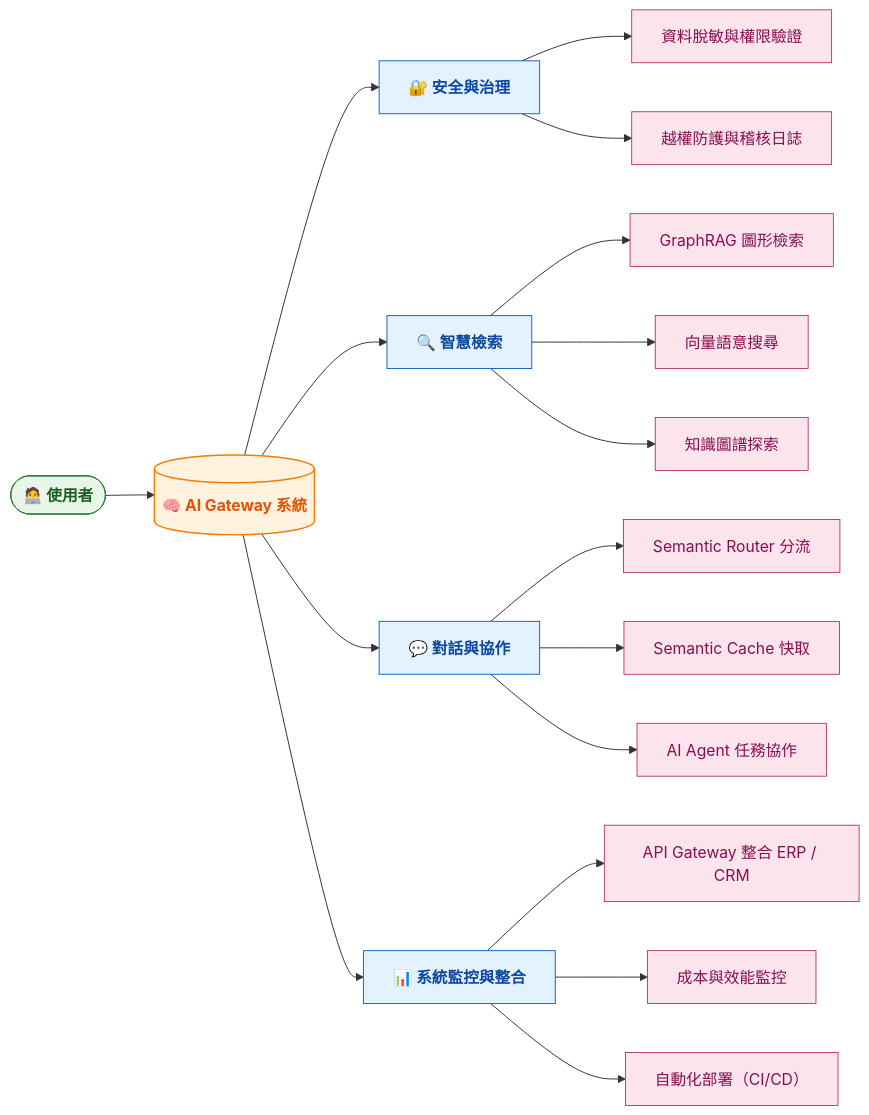
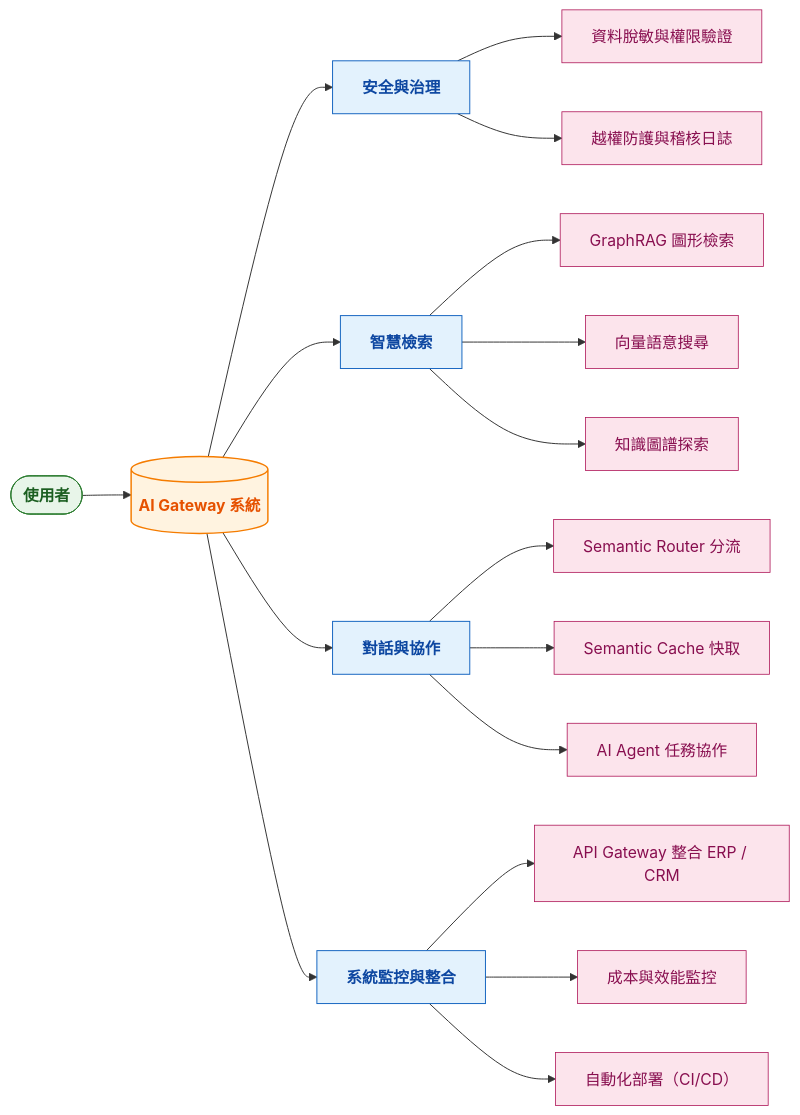
Before and after one commit to Reiyu01/TeamGroup: the second of 2 diagrams in hw3.md, drawn with Mermaid. The commit also changed other lines of this file, not shown here.

````diff
--- a/hw3.md
+++ b/hw3.md
@@ -109,47 +109,47 @@
 ```mermaid
 %% 單一使用者流程 + 美觀樣式版
 graph LR
     %% 使用者與系統
-    U([🧑‍💻 使用者])
-    S[(🧠 AI Gateway 系統)]
+    U([ 使用者])
+    S[( AI Gateway 系統)]
 
     %% 功能模組
-    S --> F1[🔐 安全與治理]
-    S --> F2[🔍 智慧檢索]
-    S --> F3[💬 對話與協作]
-    S --> F4[📊 系統監控與整合]
+    S --> F1[ 安全與治理]
+    S --> F2[ 智慧檢索]
+    S --> F3[ 對話與協作]
+    S --> F4[ 系統監控與整合]
 
     %% 安全與治理
     F1 --> A1[資料脫敏與權限驗證]
     F1 --> A2[越權防護與稽核日誌]
 
     %% 智慧檢索
     F2 --> B1[GraphRAG 圖形檢索]
     F2 --> B2[向量語意搜尋]
     F2 --> B3[知識圖譜探索]
 
     %% 對話與協作
     F3 --> C1[Semantic Router 分流]
     F3 --> C2[Semantic Cache 快取]
     F3 --> C3[AI Agent 任務協作]
 
     %% 系統監控與整合
     F4 --> D1[API Gateway 整合 ERP / CRM]
     F4 --> D2[成本與效能監控]
     F4 --> D3[自動化部署（CI/CD）]
 
     %% 使用者連線
     U --> S
 
     %% 視覺樣式
     classDef user fill:#E8F5E9,stroke:#2E7D32,stroke-width:1px,color:#1B5E20,font-weight:bold;
     classDef system fill:#FFF3E0,stroke:#F57C00,stroke-width:1.5px,color:#E65100,font-weight:bold;
     classDef module fill:#E3F2FD,stroke:#1565C0,stroke-width:1px,color:#0D47A1,font-weight:bold;
     classDef case fill:#FCE4EC,stroke:#AD1457,stroke-width:0.8px,color:#880E4F;
 
     class U user;
     class S system;
     class F1,F2,F3,F4 module;
     class A1,A2,B1,B2,B3,C1,C2,C3,D1,D2,D3 case;
 
 ```
````
